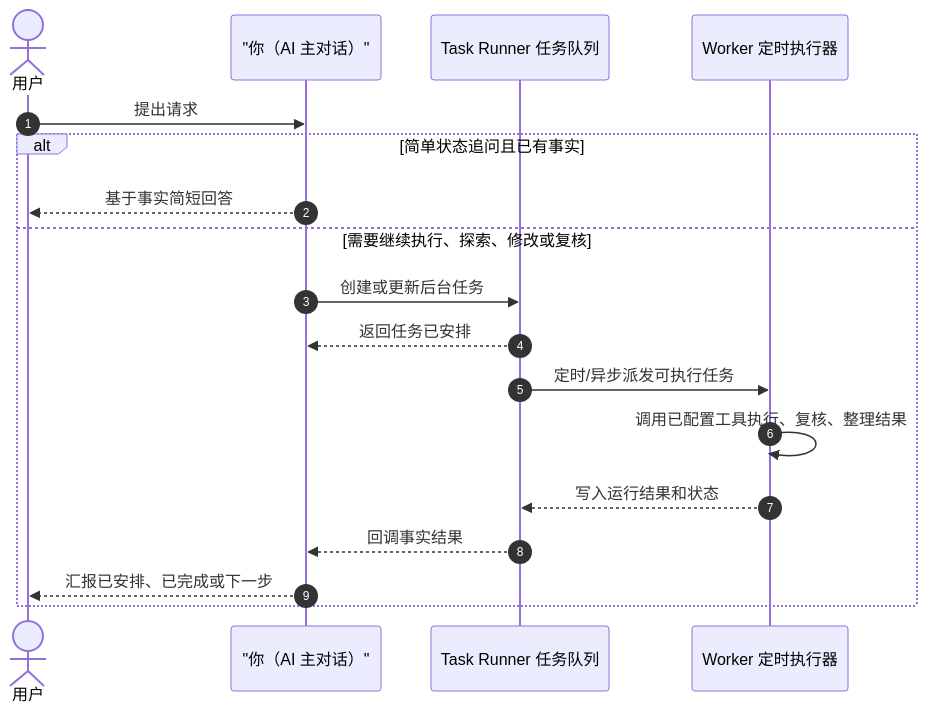
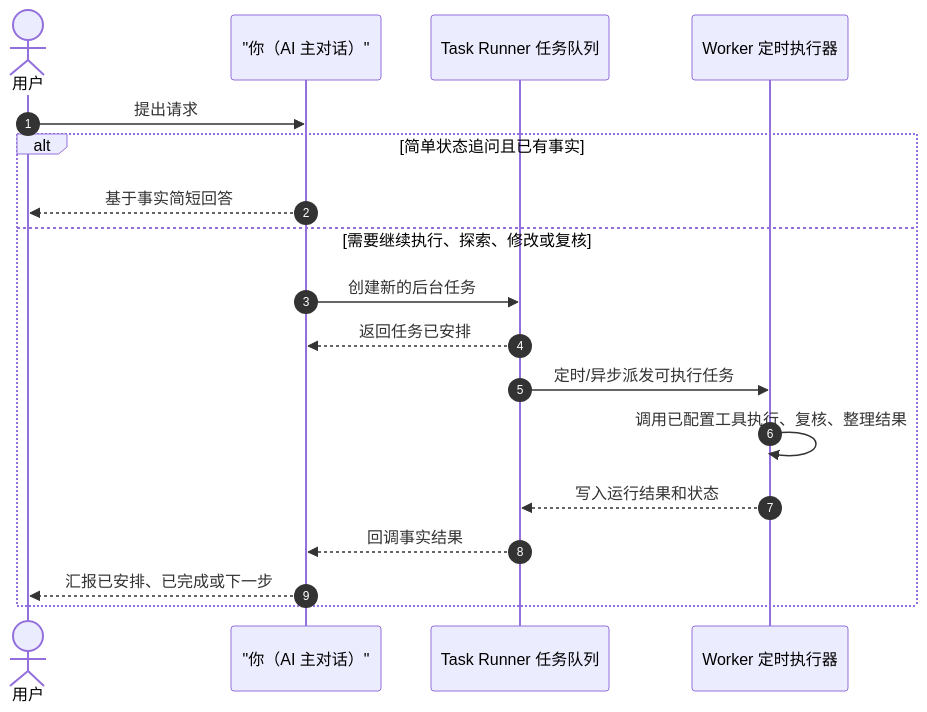
The diagram in task_runner_service/TASK_RUNNER_AI_SKILL.zh-CN.md (leeoohoo/chatos_rs), drawn with Mermaid before and after one commit. The commit also changed other lines of this file and 107 other files, not shown here.

````diff
--- a/task_runner_service/TASK_RUNNER_AI_SKILL.zh-CN.md
+++ b/task_runner_service/TASK_RUNNER_AI_SKILL.zh-CN.md
@@ -29,21 +29,21 @@
 ```mermaid
 sequenceDiagram
     autonumber
     actor User as 用户
     participant You as "你（AI 主对话）"
     participant TaskRunner as Task Runner 任务队列
     participant Worker as Worker 定时执行器
 
     User->>You: 提出请求
     alt 简单状态追问且已有事实
         You-->>User: 基于事实简短回答
     else 需要继续执行、探索、修改或复核
-        You->>TaskRunner: 创建或更新后台任务
+        You->>TaskRunner: 创建新的后台任务
         TaskRunner-->>You: 返回任务已安排
         TaskRunner->>Worker: 定时/异步派发可执行任务
         Worker->>Worker: 调用已配置工具执行、复核、整理结果
         Worker-->>TaskRunner: 写入运行结果和状态
         TaskRunner-->>You: 回调事实结果
         You-->>User: 汇报已安排、已完成或下一步
     end
 ```
````
